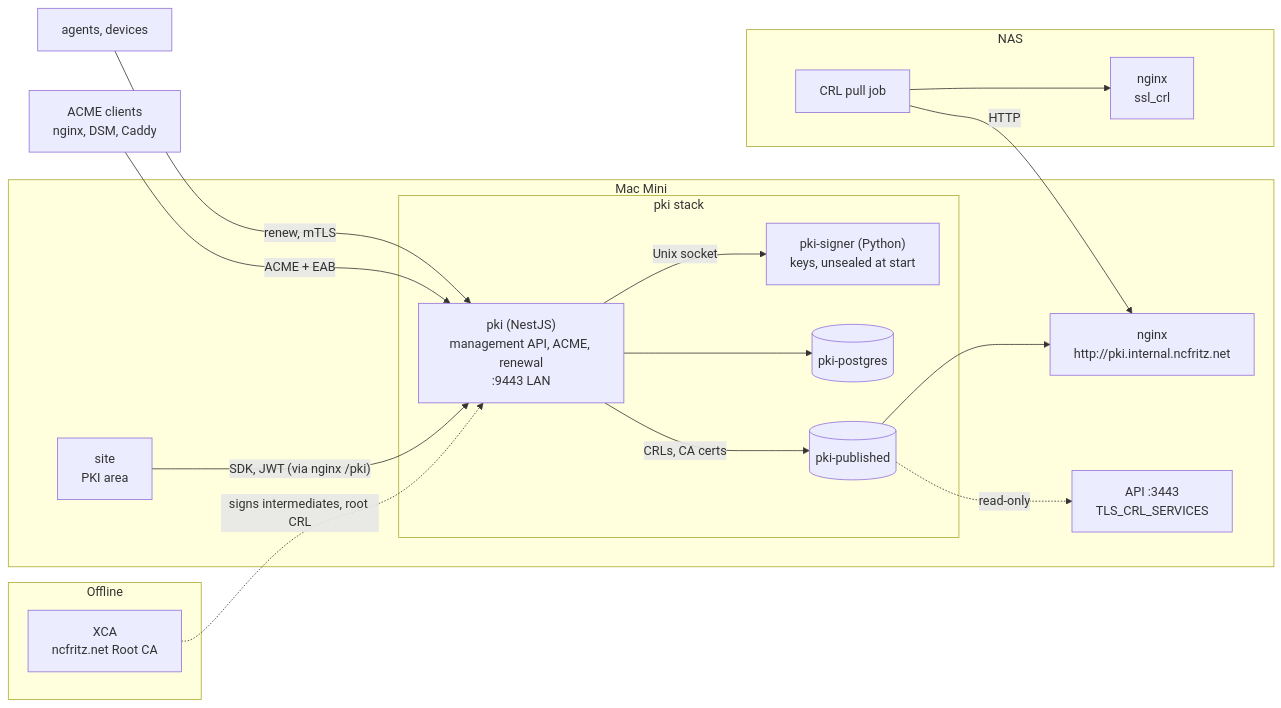
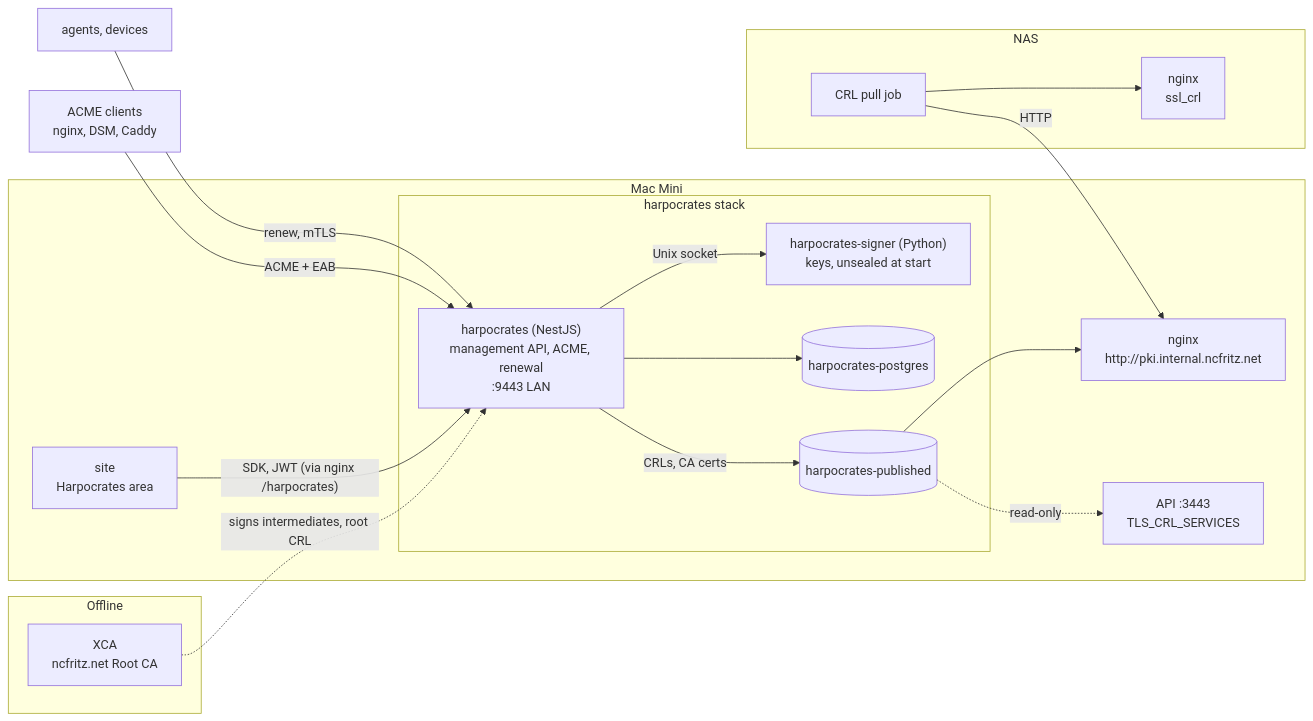
The first of 3 diagrams in docs/decisions/0020-internal-certificate-authority.md (ncfritz/olympus), drawn with Mermaid before and after one commit. The commit also changed other lines of this file and 7 other files, not shown here.

First line of the commit message:
Name the internal CA Harpocrates, and lay it out as one app

````diff
--- a/docs/decisions/0020-internal-certificate-authority.md
+++ b/docs/decisions/0020-internal-certificate-authority.md
@@ -319,35 +352,35 @@
 ```mermaid
 flowchart LR
   subgraph Offline
     XCA["XCA<br/>ncfritz.net Root CA"]
   end
   subgraph MacMini["Mac Mini"]
-    subgraph PKI["pki stack"]
-      APP["pki (NestJS)<br/>management API, ACME, renewal<br/>:9443 LAN"]
-      SIG["pki-signer (Python)<br/>keys, unsealed at start"]
-      DB[("pki-postgres")]
-      PUB[("pki-published")]
+    subgraph HARP["harpocrates stack"]
+      APP["harpocrates (NestJS)<br/>management API, ACME, renewal<br/>:9443 LAN"]
+      SIG["harpocrates-signer (Python)<br/>keys, unsealed at start"]
+      DB[("harpocrates-postgres")]
+      PUB[("harpocrates-published")]
     end
     NGX["nginx<br/>http://pki.internal.ncfritz.net"]
     API["API :3443<br/>TLS_CRL_SERVICES"]
-    SITE["site<br/>PKI area"]
+    SITE["site<br/>Harpocrates area"]
   end
   subgraph NAS
     EDGE["nginx<br/>ssl_crl"]
     PULL["CRL pull job"]
   end
   ACMEC["ACME clients<br/>nginx, DSM, Caddy"]
   AGENTS["agents, devices"]
 
   XCA -. "signs intermediates, root CRL" .-> APP
   APP -- "Unix socket" --> SIG
   APP --> DB
   APP -- "CRLs, CA certs" --> PUB
   PUB --> NGX
   PUB -. "read-only" .-> API
   PULL -- "HTTP" --> NGX
   PULL --> EDGE
-  SITE -- "SDK, JWT (via nginx /pki)" --> APP
+  SITE -- "SDK, JWT (via nginx /harpocrates)" --> APP
   ACMEC -- "ACME + EAB" --> APP
   AGENTS -- "renew, mTLS" --> APP
 ```
````
